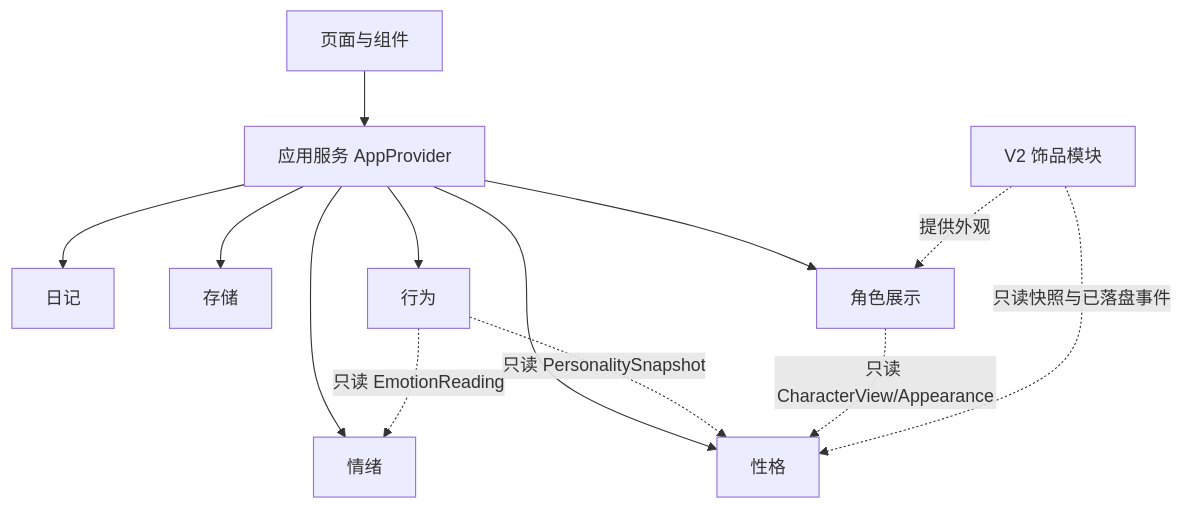
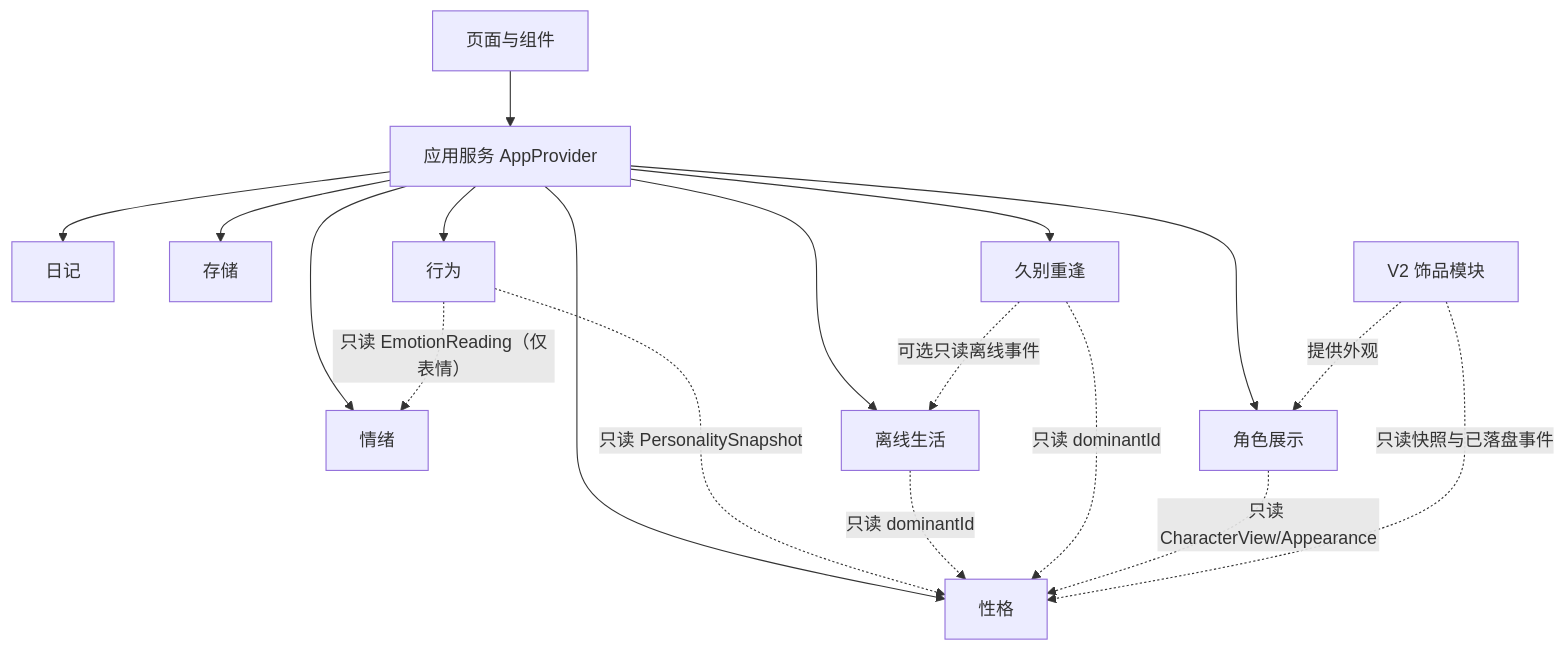
The diagram in docs/ARCHITECTURE.md (goodluck55k/ShiXu), drawn with Mermaid before and after one commit. The commit also changed other lines of this file and 8 other files, not shown here.

````diff
--- a/docs/ARCHITECTURE.md
+++ b/docs/ARCHITECTURE.md
@@ -30,15 +34,20 @@
 ```mermaid
 graph TD
   UI[页面与组件] --> APP[应用服务 AppProvider]
   APP --> D[日记]
   APP --> E[情绪]
   APP --> P[性格]
   APP --> S[存储]
   APP --> B[行为]
+  APP --> O[离线生活]
+  APP --> R[久别重逢]
   B -. 只读 PersonalitySnapshot .-> P
-  B -. 只读 EmotionReading .-> E
+  B -. 只读 EmotionReading（仅表情） .-> E
+  O -. 只读 dominantId .-> P
+  R -. 只读 dominantId .-> P
+  R -. 可选只读离线事件 .-> O
   APP --> C[角色展示]
   C -. 只读 CharacterView/Appearance .-> P
   V2[V2 饰品模块] -. 只读快照与已落盘事件 .-> P
   V2 -. 提供外观 .-> C
 ```
````
